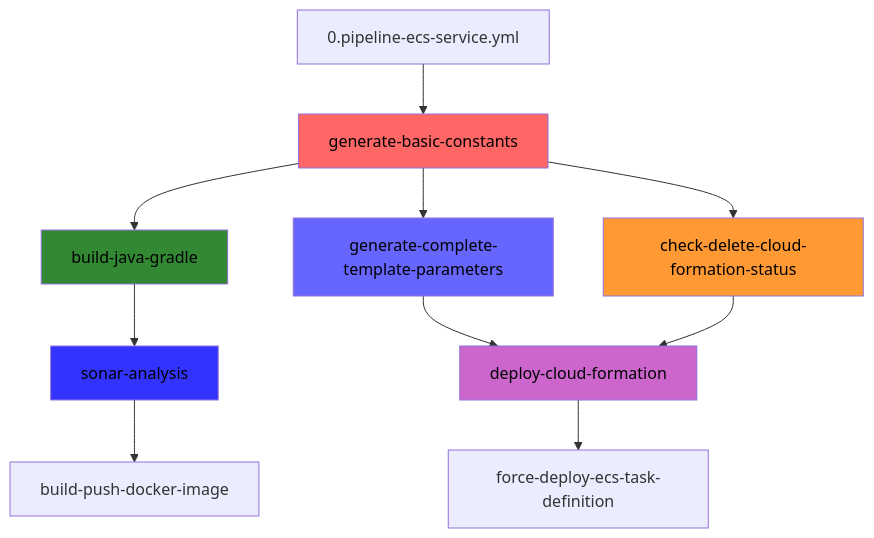
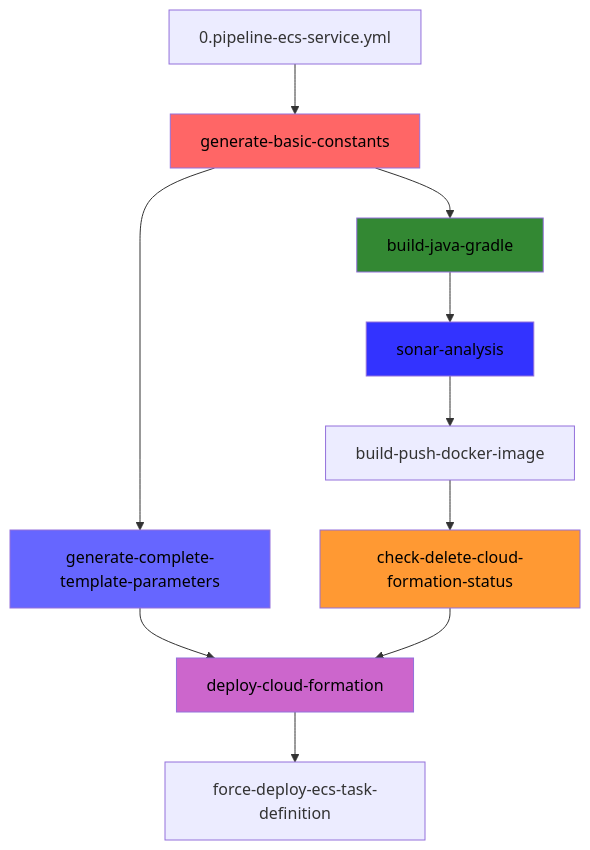
One commit to devsuperior/dsc-shared-pipelines changed the second of 4 diagrams in README.md. Above: the diagram before and after it, drawn with Mermaid.

Commit message:
docs: atualiza ecs-svc para refletir workflow

````diff
--- a/README.md
+++ b/README.md
@@ -47,21 +47,21 @@
 ```mermaid
 graph TD
     ECS[0.pipeline-ecs-service.yml] --> A[generate-basic-constants]
     A --> B[build-java-gradle]
     B --> C[sonar-analysis]
     C --> D[build-push-docker-image]
     A --> E[generate-complete-template-parameters]
-    A --> F[check-delete-cloud-formation-status]
+    D --> F[check-delete-cloud-formation-status]
     E --> G[deploy-cloud-formation]
     F --> G
     G --> H[force-deploy-ecs-task-definition]
 
     %% Estilo
     style A fill:#ff6666, color:black
     style B fill:#338833, color:black
     style C fill:#3333ff, color:black
     style E fill:#6666ff, color:black
     style F fill:#ff9933, color:black
     style G fill:#cc66cc, color:black
 
 ```
````
